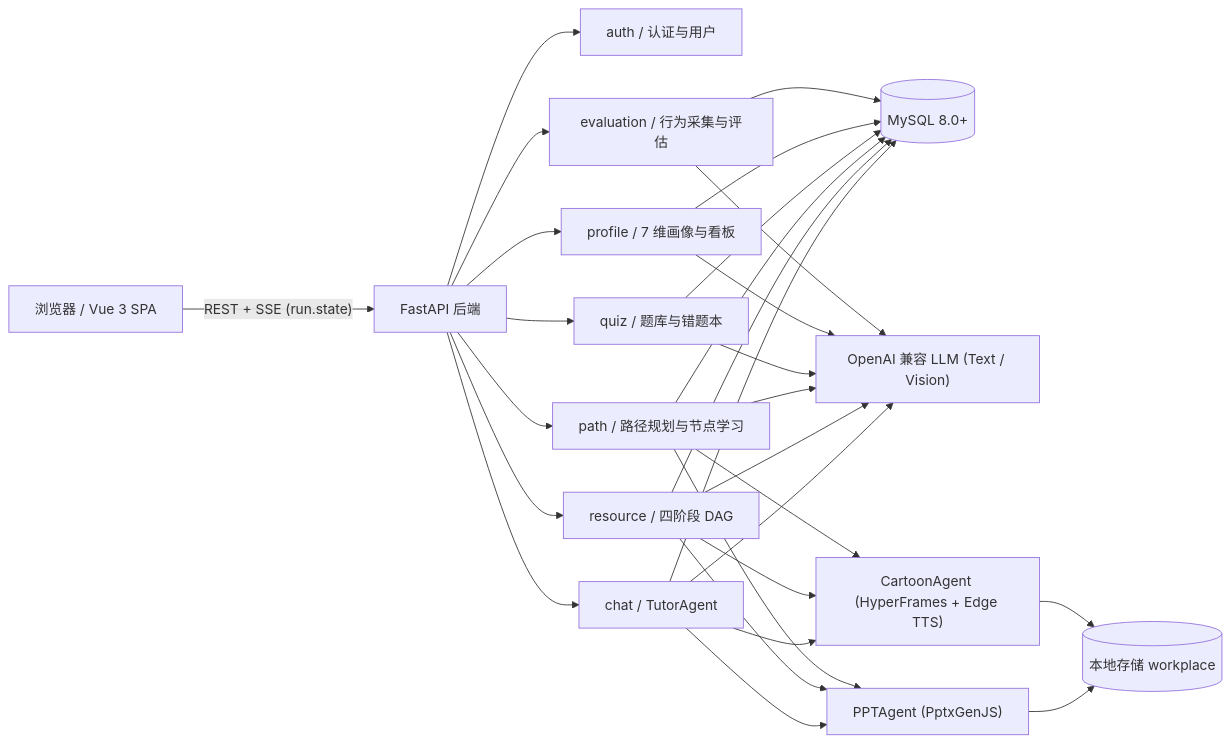
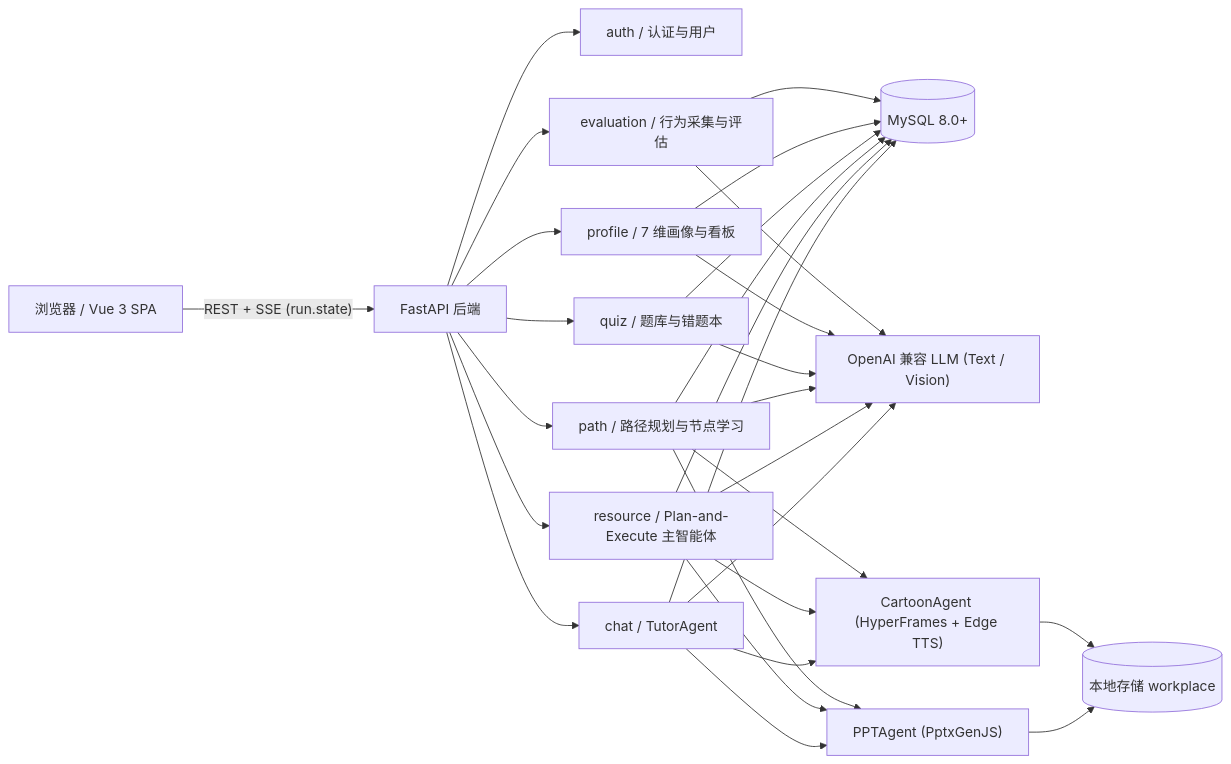
The diagram in README.md (coustea/AI-Agent), drawn with Mermaid before and after one commit. The commit also changed other lines of this file and 2 other files, not shown here.

````diff
--- a/README.md
+++ b/README.md
@@ -42,35 +48,35 @@
 ```mermaid
 flowchart LR
     U["浏览器 / Vue 3 SPA"] -->|"REST + SSE (run.state)"| API["FastAPI 后端"]
 
     API --> AUTH["auth / 认证与用户"]
     API --> CHAT["chat / TutorAgent"]
-    API --> RES["resource / 四阶段 DAG"]
+    API --> RES["resource / Plan-and-Execute 主智能体"]
     API --> PATH["path / 路径规划与节点学习"]
     API --> QUIZ["quiz / 题库与错题本"]
     API --> PROFILE["profile / 7 维画像与看板"]
     API --> EVAL["evaluation / 行为采集与评估"]
 
     CHAT --> DB[("MySQL 8.0+")]
     RES --> DB
     PATH --> DB
     QUIZ --> DB
     PROFILE --> DB
     EVAL --> DB
 
     CHAT --> LLM["OpenAI 兼容 LLM (Text / Vision)"]
     RES --> LLM
     PATH --> LLM
     QUIZ --> LLM
     PROFILE --> LLM
     EVAL --> LLM
 
     CHAT --> PPT["PPTAgent (PptxGenJS)"]
     CHAT --> VIDEO["CartoonAgent (HyperFrames + Edge TTS)"]
     RES --> PPT
     RES --> VIDEO
     PATH --> PPT
     PATH --> VIDEO
     PPT --> FS[("本地存储 workplace")]
     VIDEO --> FS
 ```
````
